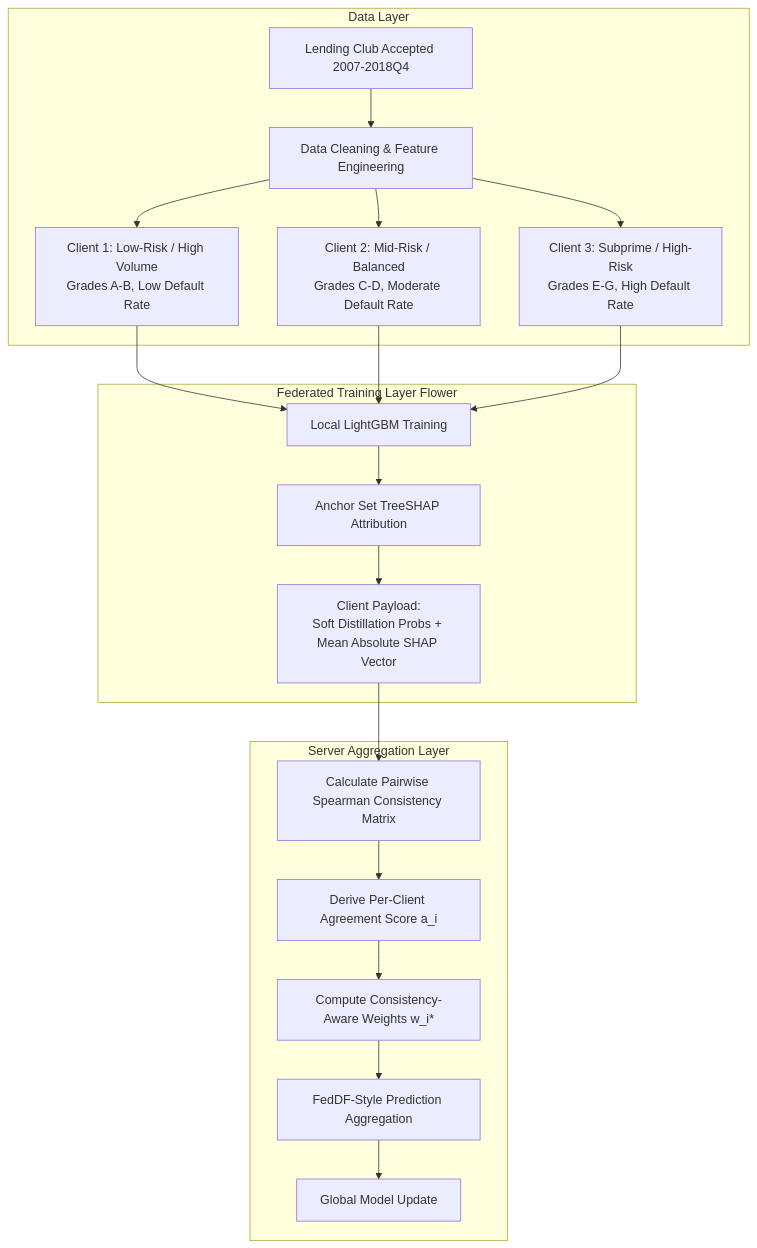
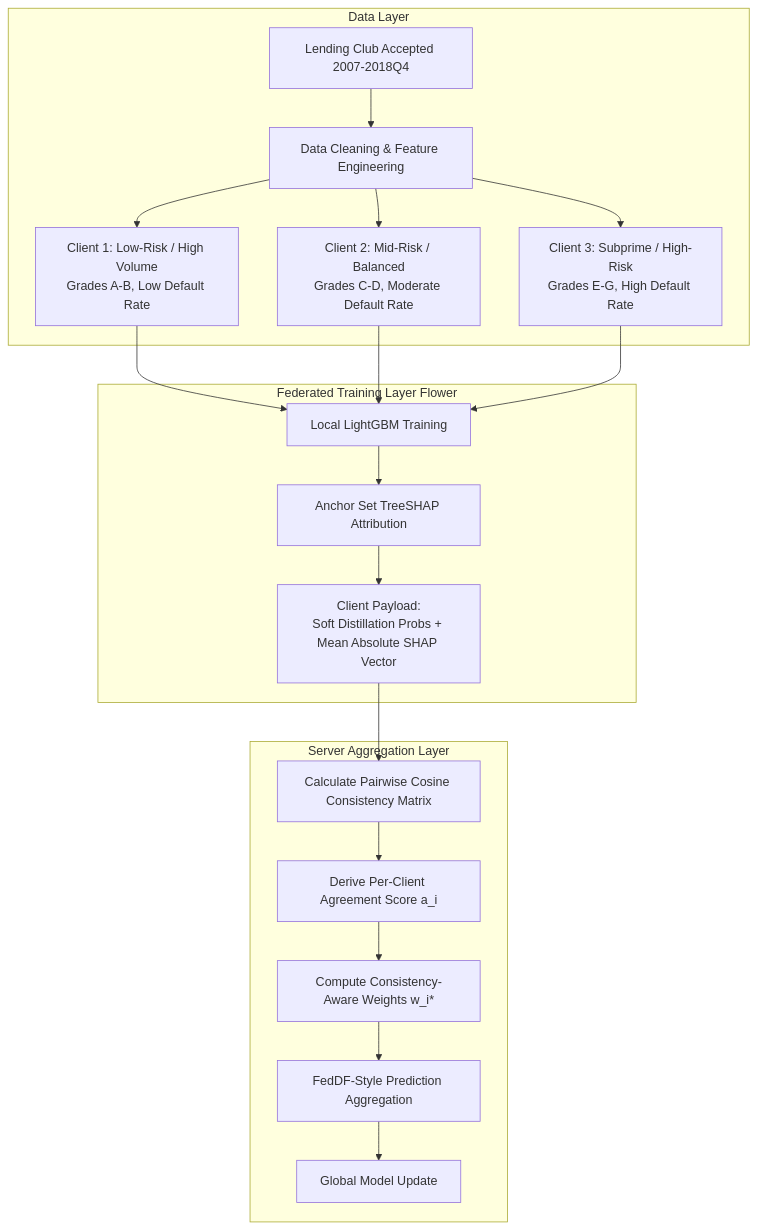
Before and after one commit to Prasannaa-V/fedtrust-credit: the first of 2 diagrams in README.md, drawn with Mermaid. The commit also changed other lines of this file and 27 other files, not shown here.

First line of the commit message:
100pct roadmap: DP, Byzantine, German, CloudWatch dashboard, UI upgrades, synced docs/metrics

````diff
--- a/README.md
+++ b/README.md
@@ -40,23 +40,23 @@
 ```mermaid
 flowchart TD
     subgraph Data Layer
         A[Lending Club Accepted 2007-2018Q4] --> B[Data Cleaning & Feature Engineering]
         B --> C1[Client 1: Low-Risk / High Volume<br/>Grades A-B, Low Default Rate]
         B --> C2[Client 2: Mid-Risk / Balanced<br/>Grades C-D, Moderate Default Rate]
         B --> C3[Client 3: Subprime / High-Risk<br/>Grades E-G, High Default Rate]
     end
 
     subgraph Federated Training Layer Flower
         C1 & C2 & C3 --> D[Local LightGBM Training]
         D --> E[Anchor Set TreeSHAP Attribution]
         E --> F[Client Payload:<br/>Soft Distillation Probs + Mean Absolute SHAP Vector]
     end
 
     subgraph Server Aggregation Layer
-        F --> G[Calculate Pairwise Spearman Consistency Matrix]
+        F --> G[Calculate Pairwise Cosine Consistency Matrix]
         G --> H[Derive Per-Client Agreement Score a_i]
         H --> I[Compute Consistency-Aware Weights w_i*]
         I --> J[FedDF-Style Prediction Aggregation]
         J --> K[Global Model Update]
     end
 ```
````
